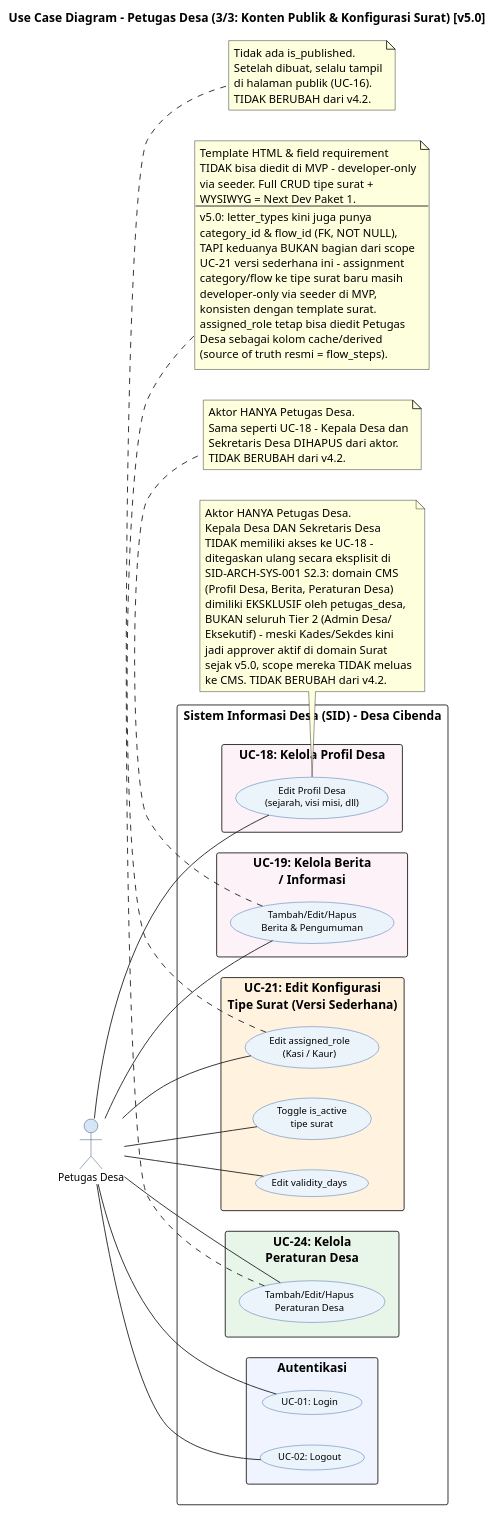
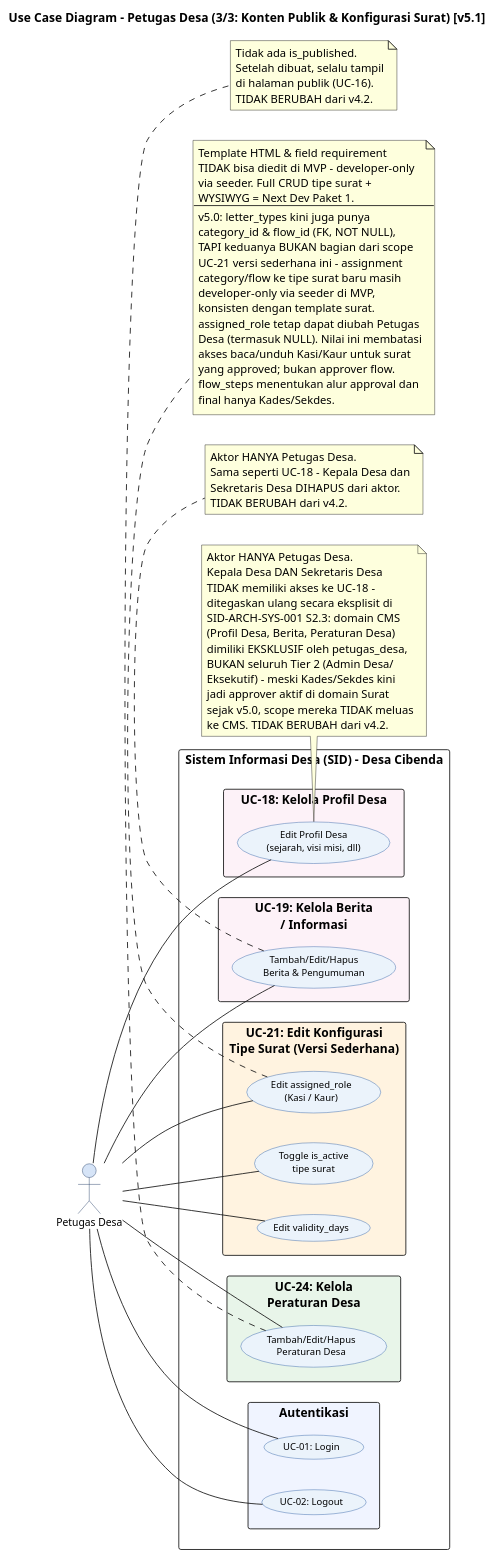
The diagram in docs/diagram/code/usecase/04_UC_PetugasDesa_KontenKonfigurasi_v5.puml (Vextronode/sid-app), drawn with PlantUML before and after one commit. The commit also changed other lines of this file and 152 other files, not shown here.

```diff
--- a/docs/diagram/code/usecase/04_UC_PetugasDesa_KontenKonfigurasi_v5.puml
+++ b/docs/diagram/code/usecase/04_UC_PetugasDesa_KontenKonfigurasi_v5.puml
@@ -9,104 +9,107 @@
 @startuml 5.3.1b3_v5 UC_Petugas_Desa_Konten_Konfigurasi
 left to right direction
 skinparam packageStyle rectangle
 skinparam backgroundColor #FFFFFF
 skinparam usecase {
   BackgroundColor #EBF3FB
   BorderColor #2E5FA3
   FontName Arial
   FontSize 11
 }
 skinparam actor {
   BackgroundColor #D6E4F7
   BorderColor #1F3864
   FontName Arial
   FontSize 12
 }
 
-title Use Case Diagram - Petugas Desa (3/3: Konten Publik & Konfigurasi Surat) [v5.0]
+title Use Case Diagram - Petugas Desa (3/3: Konten Publik & Konfigurasi Surat) [v5.1]
 
 actor "Petugas Desa" as PD
 
 rectangle "Sistem Informasi Desa (SID) - Desa Cibenda" {
 
   rectangle "UC-18: Kelola Profil Desa" #FDF2F8 {
     usecase "Edit Profil Desa\n(sejarah, visi misi, dll)" as UC_DESA
   }
 
   rectangle "UC-19: Kelola Berita\n/ Informasi" #FDF2F8 {
     usecase "Tambah/Edit/Hapus\nBerita & Pengumuman" as UC_NEWS
   }
 
   rectangle "UC-21: Edit Konfigurasi\nTipe Surat (Versi Sederhana)" #FFF3E0 {
     usecase "Toggle is_active\ntipe surat" as UC_LT_TOGGLE
     usecase "Edit validity_days" as UC_LT_VALIDITY
     usecase "Edit assigned_role\n(Kasi / Kaur)" as UC_LT_ROLE
   }
 
   rectangle "UC-24: Kelola\nPeraturan Desa" #E8F5E9 {
     usecase "Tambah/Edit/Hapus\nPeraturan Desa" as UC_REG
   }
 
   rectangle "Autentikasi" #F0F4FF {
     usecase "UC-01: Login" as UC_LOGIN
     usecase "UC-02: Logout" as UC_LOGOUT
   }
 }
 
 PD -- UC_LOGIN
 PD -- UC_LOGOUT
 PD -- UC_DESA
 PD -- UC_NEWS
 PD -- UC_LT_TOGGLE
 PD -- UC_LT_VALIDITY
 PD -- UC_LT_ROLE
 PD -- UC_REG
 
 note bottom of UC_DESA
   Aktor HANYA Petugas Desa.
   Kepala Desa DAN Sekretaris Desa
   TIDAK memiliki akses ke UC-18 -
   ditegaskan ulang secara eksplisit di
   SID-ARCH-SYS-001 S2.3: domain CMS
   (Profil Desa, Berita, Peraturan Desa)
   dimiliki EKSKLUSIF oleh petugas_desa,
   BUKAN seluruh Tier 2 (Admin Desa/
   Eksekutif) - meski Kades/Sekdes kini
   jadi approver aktif di domain Surat
   sejak v5.0, scope mereka TIDAK meluas
   ke CMS. TIDAK BERUBAH dari v4.2.
 end note
 
 note bottom of UC_NEWS
   Aktor HANYA Petugas Desa.
   Sama seperti UC-18 - Kepala Desa dan
   Sekretaris Desa DIHAPUS dari aktor.
   TIDAK BERUBAH dari v4.2.
 end note
 
 note bottom of UC_LT_ROLE
   Template HTML & field requirement
   TIDAK bisa diedit di MVP - developer-only
   via seeder. Full CRUD tipe surat +
   WYSIWYG = Next Dev Paket 1.
   ---
   v5.0: letter_types kini juga punya
   category_id & flow_id (FK, NOT NULL),
   TAPI keduanya BUKAN bagian dari scope
   UC-21 versi sederhana ini - assignment
   category/flow ke tipe surat baru masih
   developer-only via seeder di MVP,
   konsisten dengan template surat.
-  assigned_role tetap bisa diedit Petugas
-  Desa sebagai kolom cache/derived
-  (source of truth resmi = flow_steps).
+  assigned_role tetap dapat diubah Petugas
+  Desa (termasuk NULL). Nilai ini membatasi
+  akses baca/unduh Kasi/Kaur untuk surat
+  yang approved; bukan approver flow.
+  flow_steps menentukan alur approval dan
+  final hanya Kades/Sekdes.
 end note
 
 note bottom of UC_REG
   Tidak ada is_published.
   Setelah dibuat, selalu tampil
   di halaman publik (UC-16).
   TIDAK BERUBAH dari v4.2.
 end note
 
 @enduml
```
